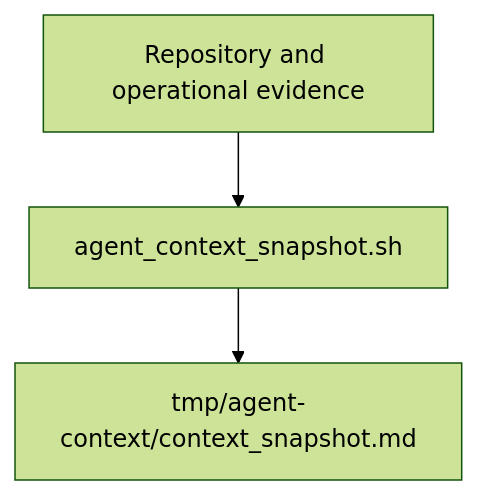
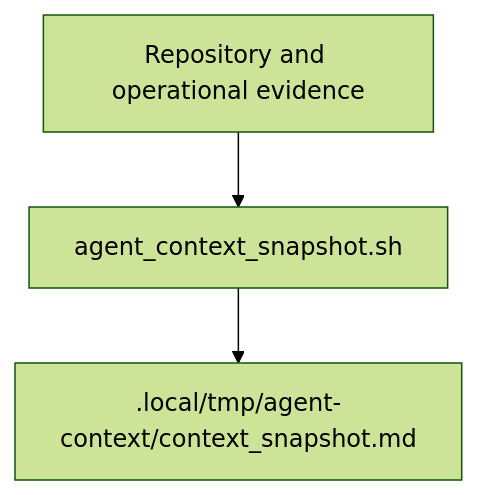
Before and after one commit to heinricitorgau/CrawlerNest: the first of 2 diagrams in docs/agent/AGENT_CONTEXT_FLOW.md, drawn with Mermaid (forest theme). The commit also changed other lines of this file and 107 other files, not shown here.

````diff
--- a/docs/agent/AGENT_CONTEXT_FLOW.md
+++ b/docs/agent/AGENT_CONTEXT_FLOW.md
@@ -17,8 +17,8 @@
 ```mermaid
 flowchart TB
     run["agent_context_snapshot.sh"]
     evidence["Repository and operational evidence"]
-    snapshot["tmp/agent-context/context_snapshot.md"]
+    snapshot[".local/tmp/agent-context/context_snapshot.md"]
 
     evidence --> run --> snapshot
 ```
````
